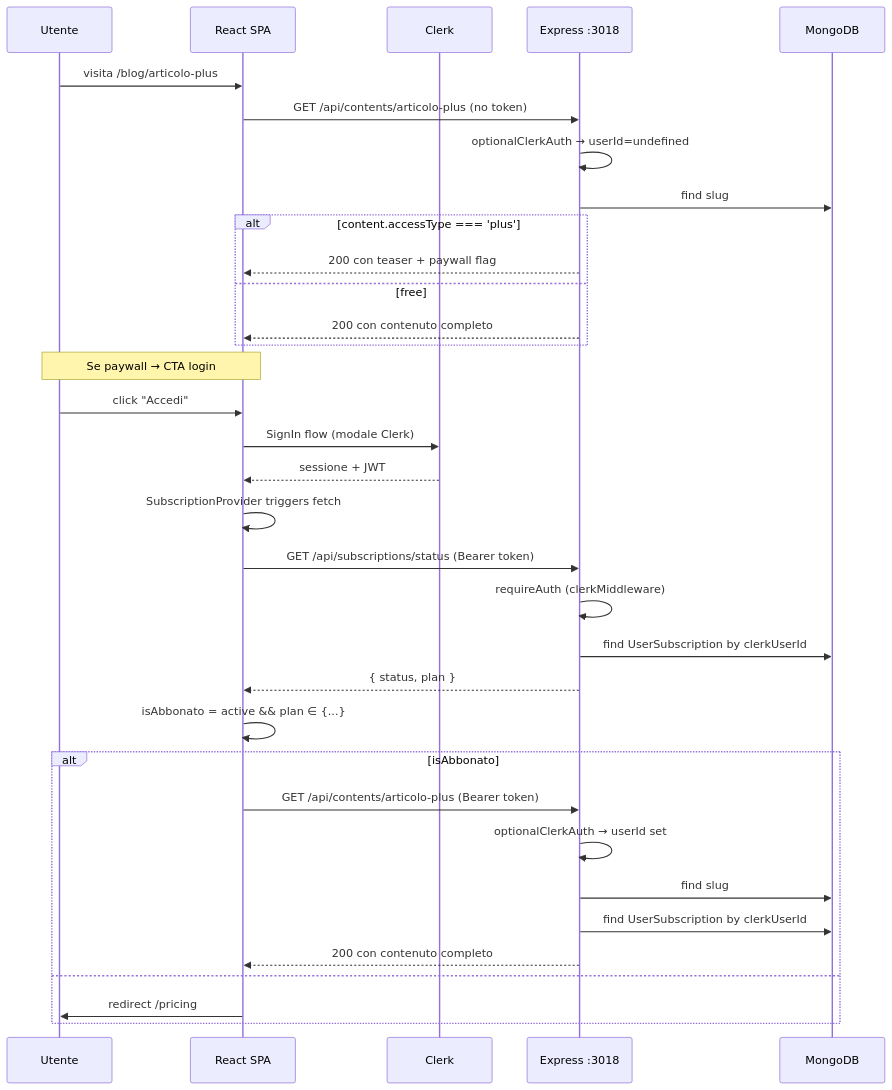
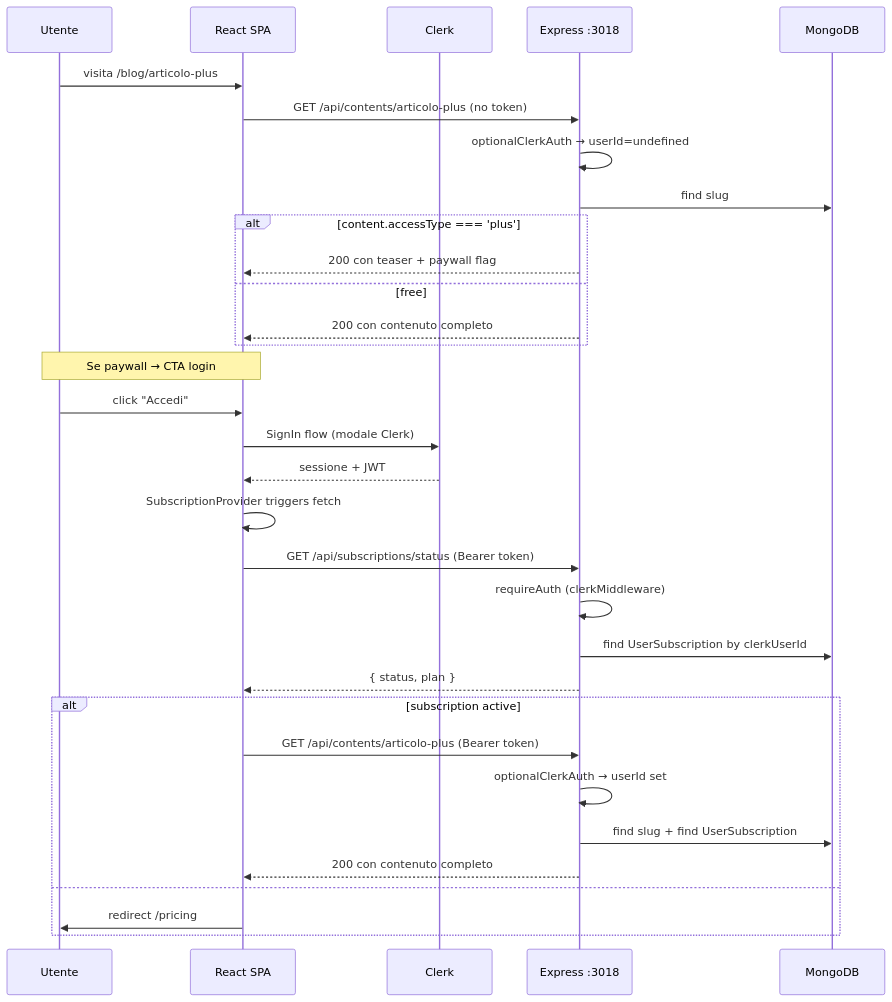
One commit to stfnbssl/hcaire-docs changed the diagram in docs/10-architecture/autenticazione.md. Above: the diagram before and after it, drawn with Mermaid. The commit also changed other lines of this file and 46 other files, not shown here.

````diff
--- a/docs/10-architecture/autenticazione.md
+++ b/docs/10-architecture/autenticazione.md
@@ -23,40 +29,38 @@
 ```mermaid
 sequenceDiagram
   participant U as Utente
   participant SPA as React SPA
   participant Clerk as Clerk
   participant API as Express :3018
   participant DB as MongoDB
 
   U->>SPA: visita /blog/articolo-plus
   SPA->>API: GET /api/contents/articolo-plus (no token)
   API->>API: optionalClerkAuth → userId=undefined
   API->>DB: find slug
   alt content.accessType === 'plus'
     API-->>SPA: 200 con teaser + paywall flag
   else free
     API-->>SPA: 200 con contenuto completo
   end
 
   Note over U,SPA: Se paywall → CTA login
 
   U->>SPA: click "Accedi"
   SPA->>Clerk: SignIn flow (modale Clerk)
   Clerk-->>SPA: sessione + JWT
   SPA->>SPA: SubscriptionProvider triggers fetch
   SPA->>API: GET /api/subscriptions/status (Bearer token)
   API->>API: requireAuth (clerkMiddleware)
   API->>DB: find UserSubscription by clerkUserId
   API-->>SPA: { status, plan }
-  SPA->>SPA: isAbbonato = active && plan ∈ {...}
 
-  alt isAbbonato
+  alt subscription active
     SPA->>API: GET /api/contents/articolo-plus (Bearer token)
     API->>API: optionalClerkAuth → userId set
-    API->>DB: find slug
-    API->>DB: find UserSubscription by clerkUserId
+    API->>DB: find slug + find UserSubscription
     API-->>SPA: 200 con contenuto completo
   else
     SPA->>U: redirect /pricing
   end
 ```
````
